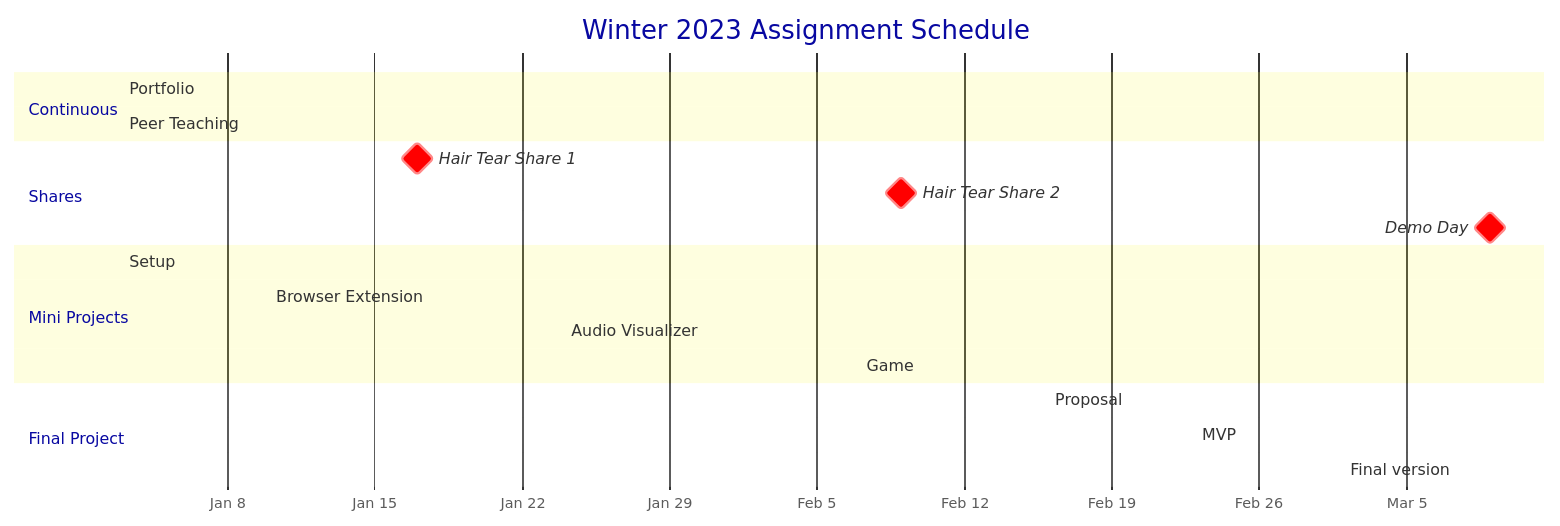
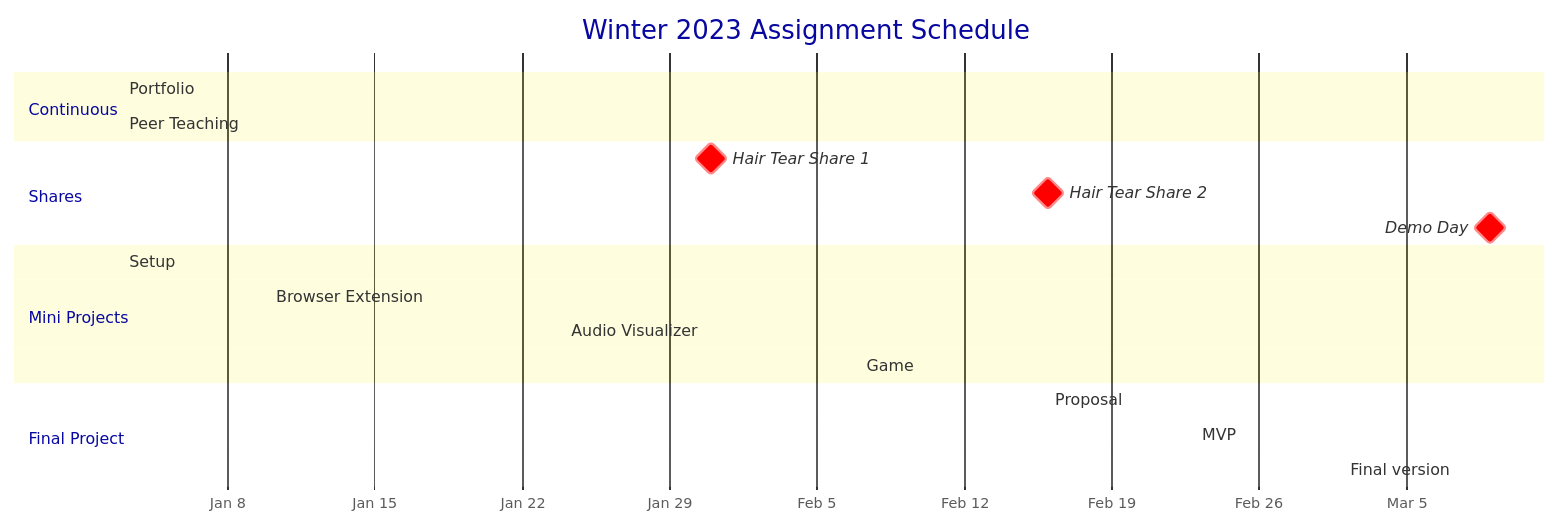
Before and after one commit to branchwelder/web-technologies: the diagram in README.md, drawn with Mermaid. The commit also changed other lines of this file, not shown here.

Commit message:
Update hair tear share dates

````diff
--- a/README.md
+++ b/README.md
@@ -23,40 +23,40 @@
 ```mermaid
 %%{
   init: {
     'theme': 'base',
     'gantt': {
         'numberSectionStyles': '2'
     },
     'themeVariables': {
       'fontFamily': 'monospace',
       'primaryColor': '#8c9aee',
       'primaryBorderColor': '#3C56E2',
       'tertiaryColor': '#f7f75e'
     }
   }
 }%%
 
 gantt
 title Winter 2023 Assignment Schedule
 axisFormat  %b %e
 
 section Continuous
-Portfolio             :active,          prf,  2023-01-03, 2023-03-17
+Portfolio             :active,          prf, 2023-01-03, 2023-03-17
 Peer Teaching         :active,          pte, 2023-01-03, 2023-03-17
 
 section Shares
-Hair Tear Share 1     :milestone, crit, hts, 2023-01-17, 0d
-Hair Tear Share 2     :milestone, crit, hts, 2023-02-09, 0d
+Hair Tear Share 1     :milestone, crit, hts, 2023-01-31, 0d
+Hair Tear Share 2     :milestone, crit, hts, 2023-02-16, 0d
 Demo Day              :milestone, crit, dem, 2023-03-09, 0d
 
 section Mini Projects
 Setup                 :active,          mp0, 2023-01-03, 2023-01-10
 Browser Extension     :                 mp1, 2023-01-10, 2023-01-24
 Audio Visualizer      :                 mp2, 2023-01-24, 2023-02-07
 Game                  :                 mp3, 2023-02-07, 2023-02-21
 
 section Final Project
 Proposal              :                 fp0, 2023-02-16, 2023-02-23
 MVP                   :                 fp1, 2023-02-23, 2023-03-02
 Final version         :                 fp2, 2023-03-02, 2023-03-17
 ```
````
